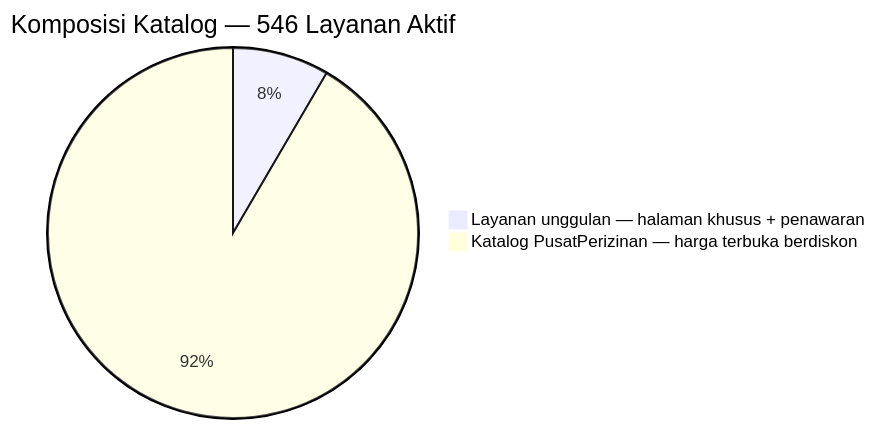
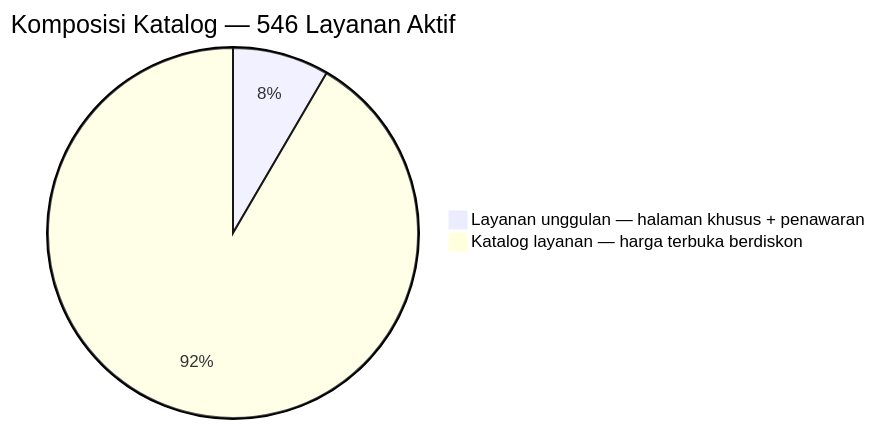
Before and after one commit to gunaracorp/gunaraconsultant: the third of 10 diagrams in README.md, drawn with Mermaid. The commit also changed other lines of this file and 21 other files, not shown here.

First line of the commit message:
feat: GConsultant v3.6.0 — Pure Identity: Brand Separation dari PusatPerizinan

````diff
--- a/README.md
+++ b/README.md
@@ -183,5 +183,5 @@
 ```mermaid
 pie title Komposisi Katalog — 546 Layanan Aktif
     "Layanan unggulan — halaman khusus + penawaran" : 46
-    "Katalog PusatPerizinan — harga terbuka berdiskon" : 500
+    "Katalog layanan — harga terbuka berdiskon" : 500
 ```
````
